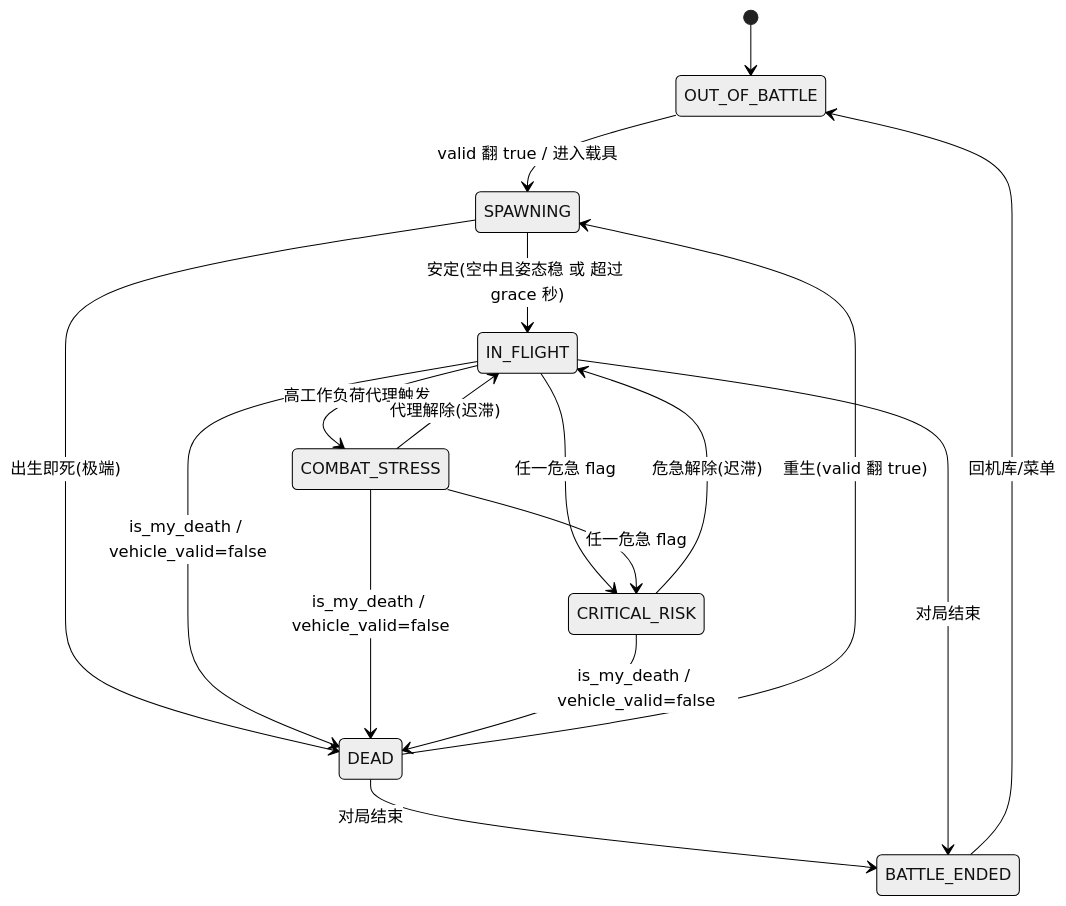
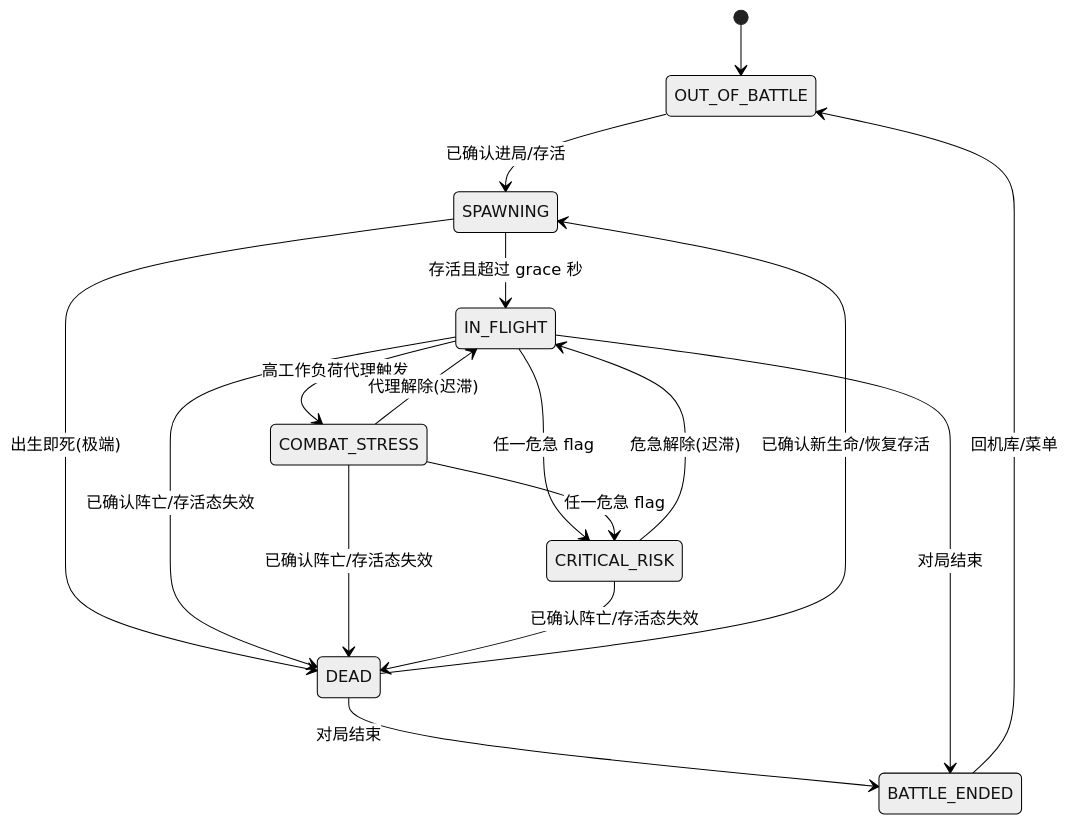
The diagram in docs/D-B1-scenario-model.md (CN-Zephyr/n.e.k.o_plugin_neko_warthunder), drawn with Mermaid (neutral theme) before and after one commit. The commit also changed other lines of this file and 140 other files, not shown here.

````diff
--- a/docs/D-B1-scenario-model.md
+++ b/docs/D-B1-scenario-model.md
@@ -37,19 +41,19 @@
 ```mermaid
 stateDiagram-v2
     [*] --> OUT_OF_BATTLE
-    OUT_OF_BATTLE --> SPAWNING: valid 翻 true / 进入载具
-    SPAWNING --> IN_FLIGHT: 安定(空中且姿态稳 或 超过 grace 秒)
+    OUT_OF_BATTLE --> SPAWNING: 已确认进局/存活
+    SPAWNING --> IN_FLIGHT: 存活且超过 grace 秒
     SPAWNING --> DEAD: 出生即死(极端)
     IN_FLIGHT --> COMBAT_STRESS: 高工作负荷代理触发
     COMBAT_STRESS --> IN_FLIGHT: 代理解除(迟滞)
     IN_FLIGHT --> CRITICAL_RISK: 任一危急 flag
     COMBAT_STRESS --> CRITICAL_RISK: 任一危急 flag
     CRITICAL_RISK --> IN_FLIGHT: 危急解除(迟滞)
-    IN_FLIGHT --> DEAD: is_my_death / vehicle_valid=false
-    COMBAT_STRESS --> DEAD: is_my_death / vehicle_valid=false
-    CRITICAL_RISK --> DEAD: is_my_death / vehicle_valid=false
-    DEAD --> SPAWNING: 重生(valid 翻 true)
+    IN_FLIGHT --> DEAD: 已确认阵亡/存活态失效
+    COMBAT_STRESS --> DEAD: 已确认阵亡/存活态失效
+    CRITICAL_RISK --> DEAD: 已确认阵亡/存活态失效
+    DEAD --> SPAWNING: 已确认新生命/恢复存活
     DEAD --> BATTLE_ENDED: 对局结束
     IN_FLIGHT --> BATTLE_ENDED: 对局结束
     BATTLE_ENDED --> OUT_OF_BATTLE: 回机库/菜单
 ```
````
